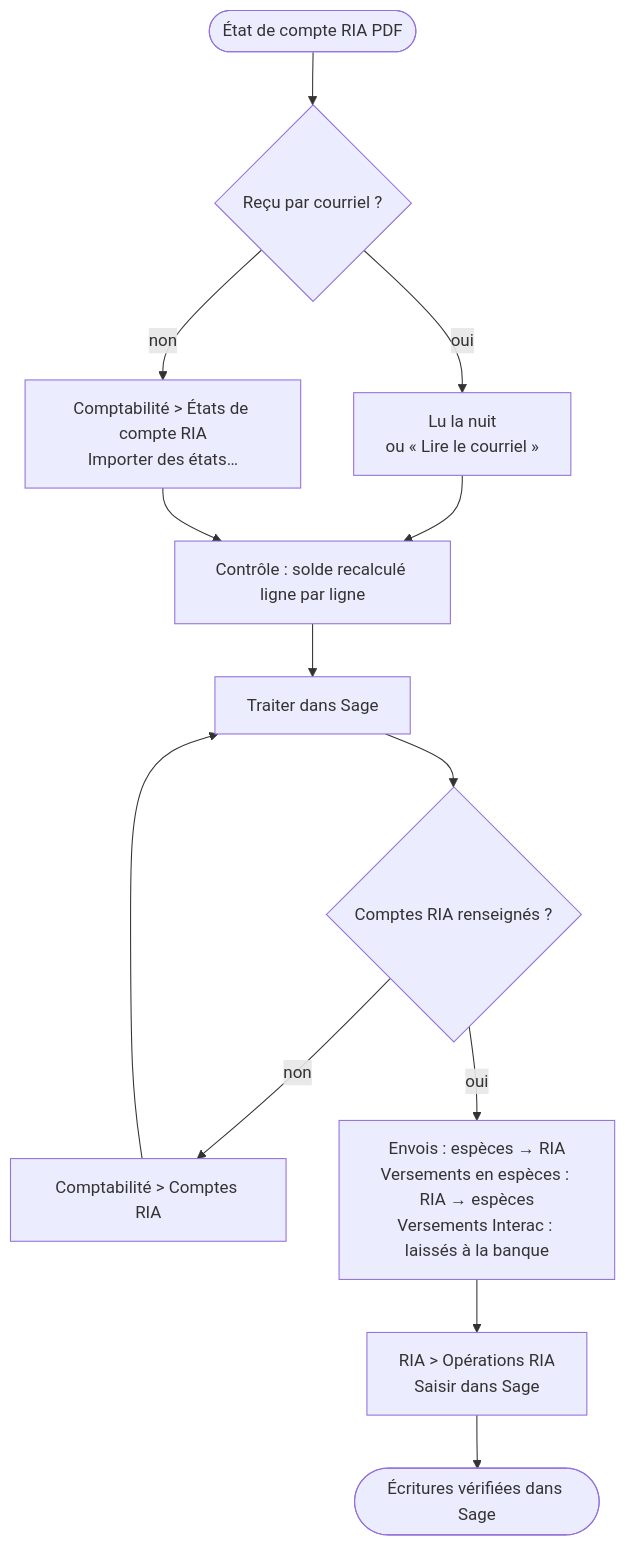
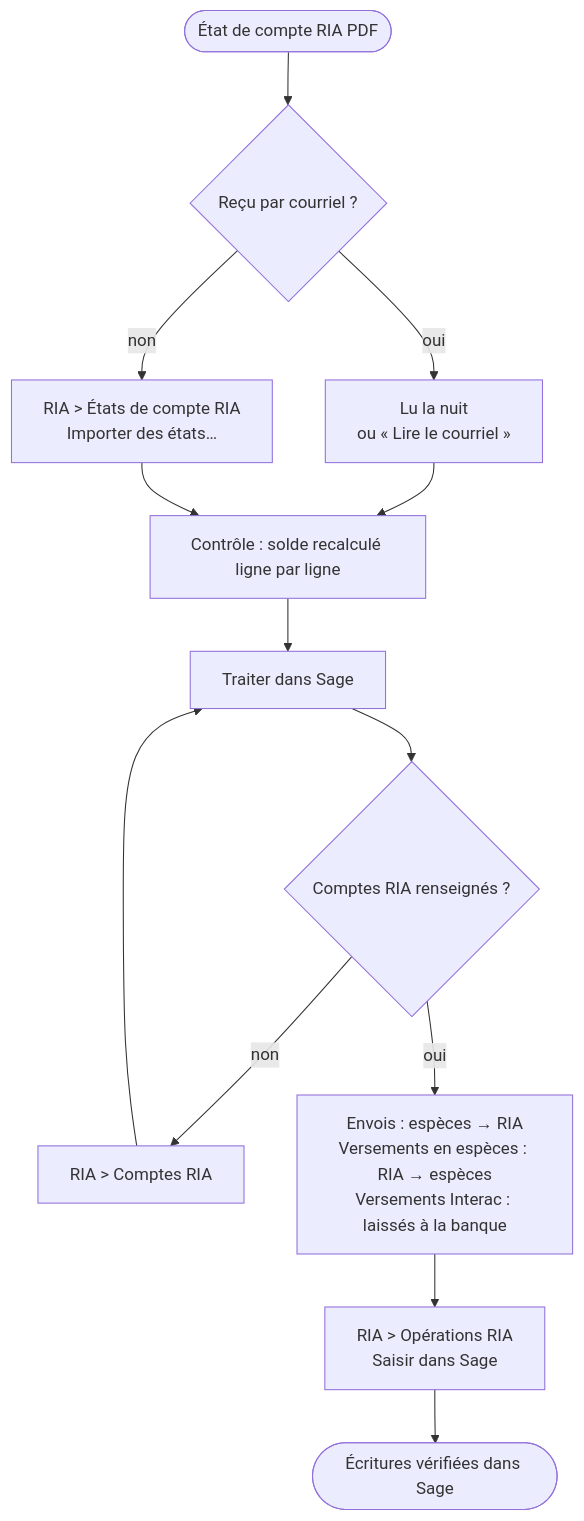
One commit to mteingueng-dot/MVOGMBI_Sync_2026.1 changed the eighth of 19 diagrams in documentation/WORKFLOWS.md. Above: the diagram before and after it, drawn with Mermaid. The commit also changed other lines of this file and 28 other files, not shown here.

````diff
--- a/documentation/WORKFLOWS.md
+++ b/documentation/WORKFLOWS.md
@@ -133,14 +133,14 @@
 ```mermaid
 flowchart TD
     A([État de compte RIA PDF]) --> B{"Reçu par courriel ?"}
     B -- oui --> C["Lu la nuit<br/>ou « Lire le courriel »"]
-    B -- non --> D["Comptabilité > États de compte RIA<br/>Importer des états…"]
+    B -- non --> D["RIA > États de compte RIA<br/>Importer des états…"]
     C --> E["Contrôle : solde recalculé ligne par ligne"]
     D --> E
     E --> F["Traiter dans Sage"]
     F --> G{"Comptes RIA renseignés ?"}
-    G -- non --> H["Comptabilité > Comptes RIA"] --> F
+    G -- non --> H["RIA > Comptes RIA"] --> F
     G -- oui --> I["Envois : espèces → RIA<br/>Versements en espèces : RIA → espèces<br/>Versements Interac : laissés à la banque"]
     I --> J["RIA > Opérations RIA<br/>Saisir dans Sage"]
     J --> K([Écritures vérifiées dans Sage])
 ```
````
